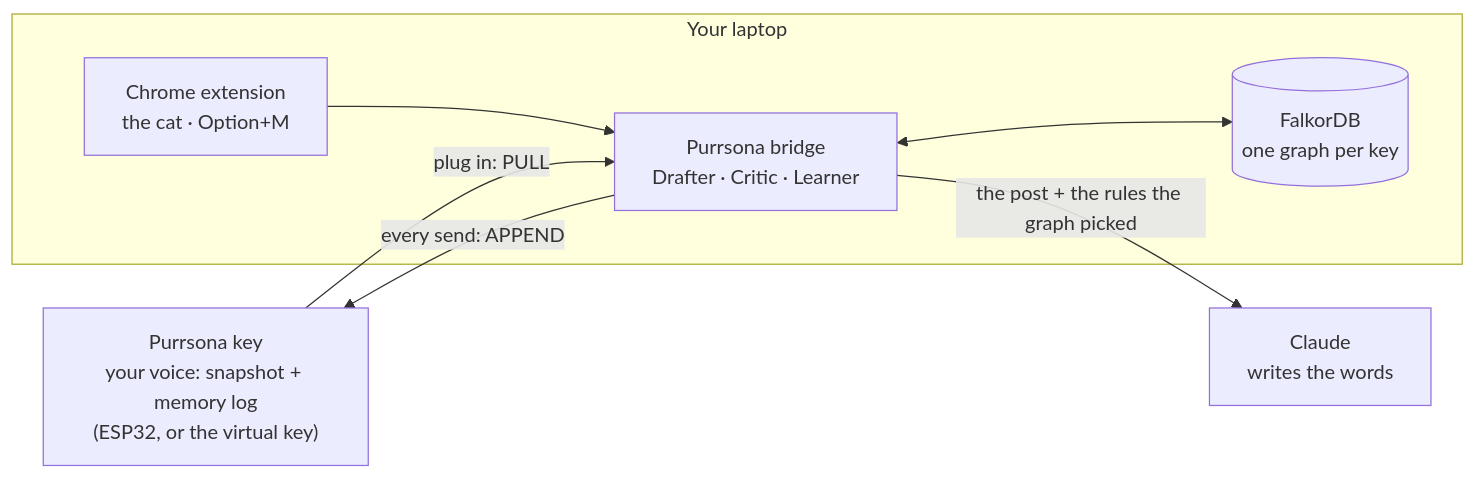
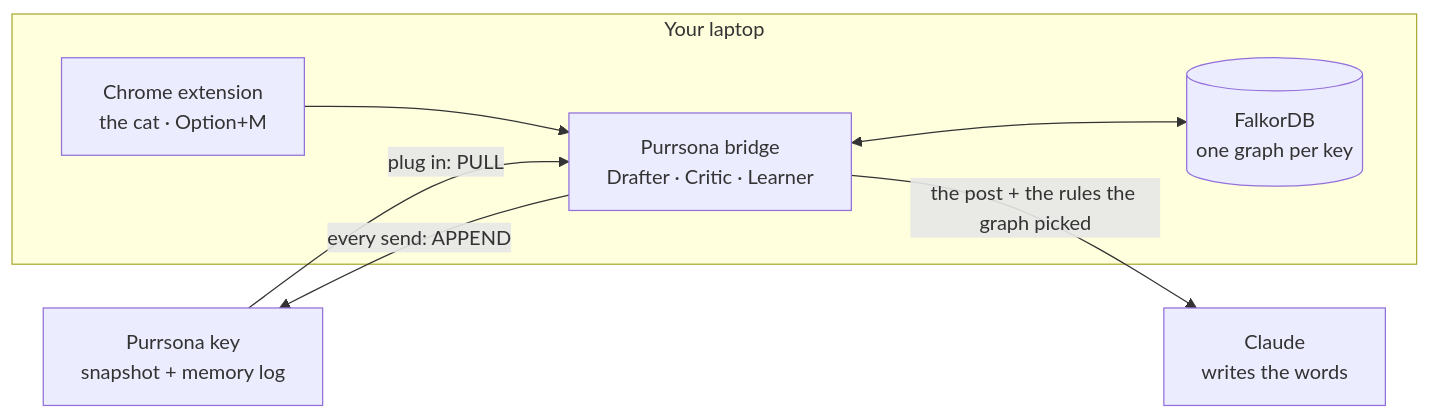
One commit to Maulik176/purrsona changed the second of 3 diagrams in README.md. Above: the diagram before and after it, drawn with Mermaid. The commit also changed other lines of this file and 1 other file, not shown here.

First line of the commit message:
README as a product page: portability first, three agents on one graph

````diff
--- a/README.md
+++ b/README.md
@@ -75,15 +194,15 @@
 ```mermaid
 flowchart LR
-  key["Purrsona key<br/>your voice: snapshot + memory log<br/>(ESP32, or the virtual key)"]
+  key["Purrsona key<br/>snapshot + memory log"]
   subgraph laptop["Your laptop"]
     ext["Chrome extension<br/>the cat · Option+M"]
     bridge["Purrsona bridge<br/>Drafter · Critic · Learner"]
     db[("FalkorDB<br/>one graph per key")]
   end
   claude["Claude<br/>writes the words"]
   key -- "plug in: PULL" --> bridge
   bridge -- "every send: APPEND" --> key
   ext --> bridge
   bridge <--> db
   bridge -- "the post + the rules the graph picked" --> claude
 ```
````
